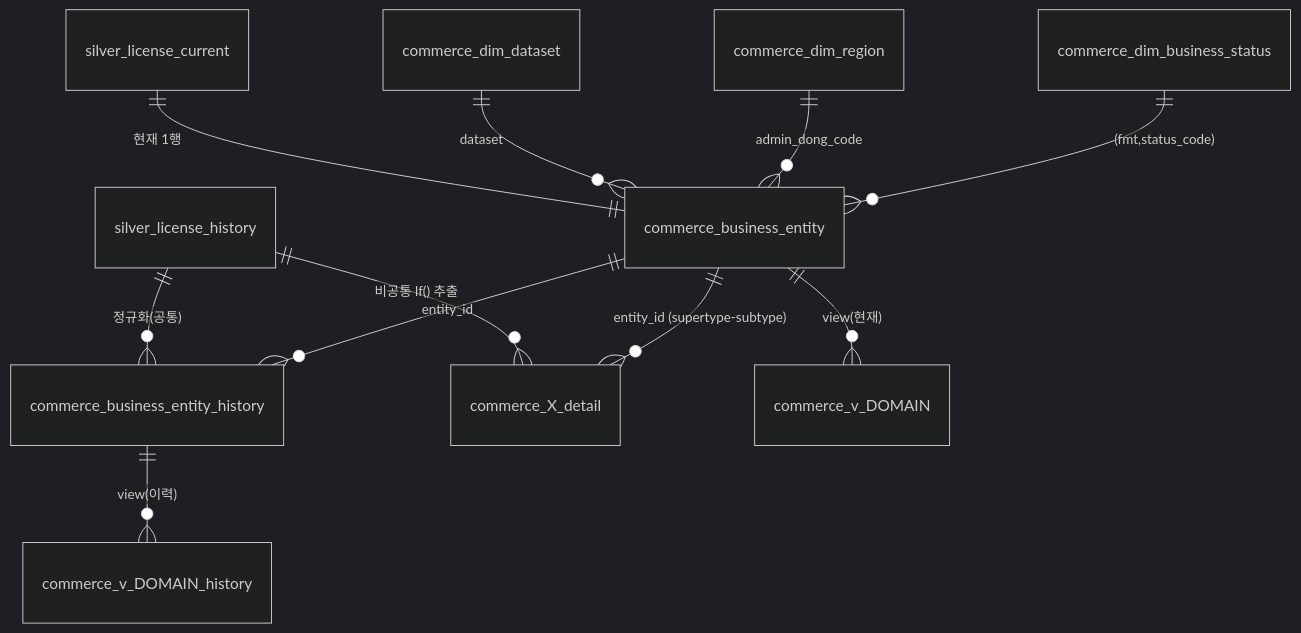
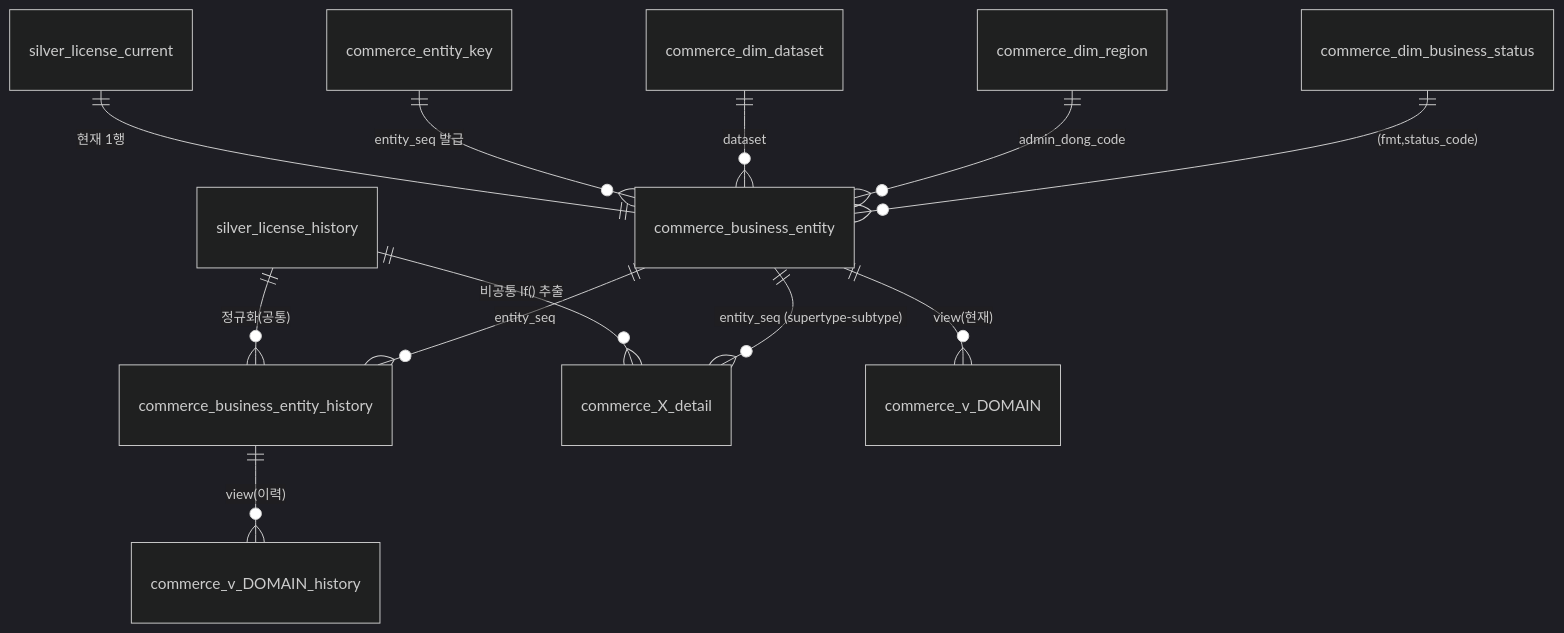
One commit to ASAC-DE-bigkk/ASAC-DBT changed the diagram in domains/commerce/docs/DB/README.md. Above: the diagram before and after it, drawn with Mermaid (dark theme). The commit also changed other lines of this file and 5 other files, not shown here.

First line of the commit message:
docs(gold): entity_id→entity_seq 전환 + 정규화·인덱싱 적용 결과 반영

````diff
--- a/domains/commerce/docs/DB/README.md
+++ b/domains/commerce/docs/DB/README.md
@@ -21,15 +21,16 @@
 ```mermaid
 erDiagram
     silver_license_history ||--o{ commerce_business_entity_history : "정규화(공통)"
     silver_license_history ||--o{ commerce_X_detail : "비공통 lf() 추출"
     silver_license_current ||--|| commerce_business_entity : "현재 1행"
 
-    commerce_business_entity ||--o{ commerce_business_entity_history : "entity_id"
-    commerce_business_entity ||--o{ commerce_X_detail : "entity_id (supertype-subtype)"
+    commerce_entity_key ||--o{ commerce_business_entity : "entity_seq 발급"
+    commerce_business_entity ||--o{ commerce_business_entity_history : "entity_seq"
+    commerce_business_entity ||--o{ commerce_X_detail : "entity_seq (supertype-subtype)"
     commerce_dim_dataset ||--o{ commerce_business_entity : "dataset"
     commerce_dim_region ||--o{ commerce_business_entity : "admin_dong_code"
     commerce_dim_business_status ||--o{ commerce_business_entity : "(fmt,status_code)"
 
     commerce_business_entity ||--o{ commerce_v_DOMAIN : "view(현재)"
     commerce_business_entity_history ||--o{ commerce_v_DOMAIN_history : "view(이력)"
 ```
````
